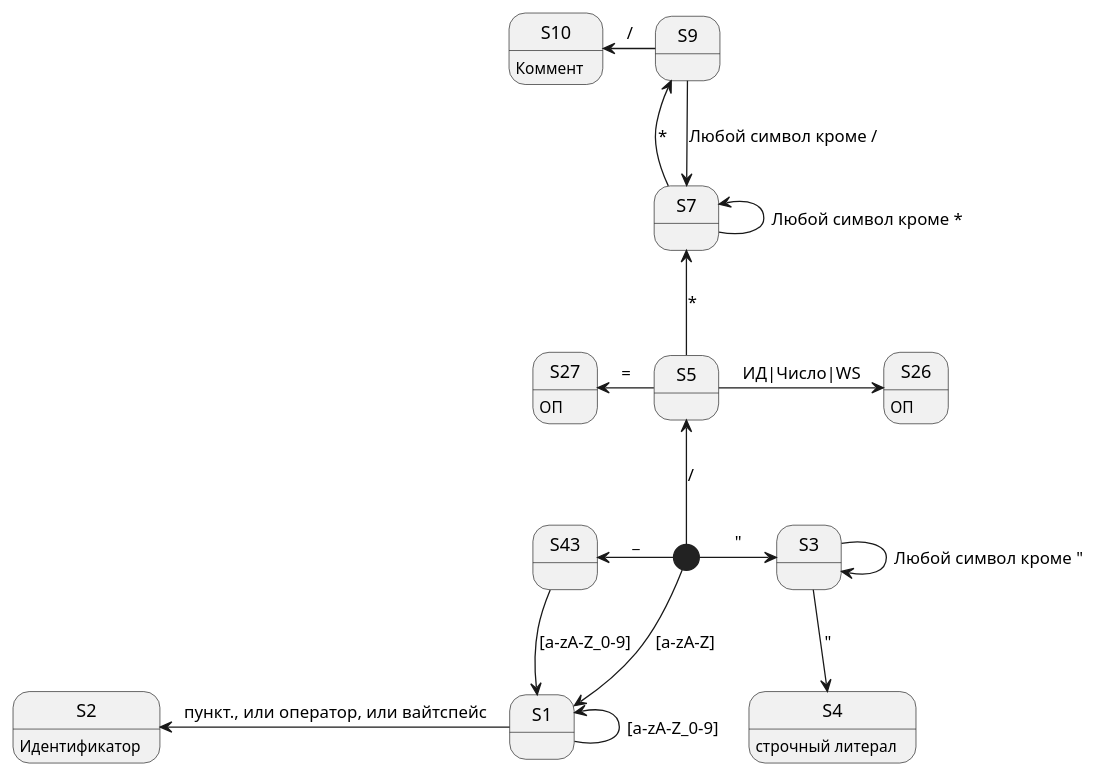
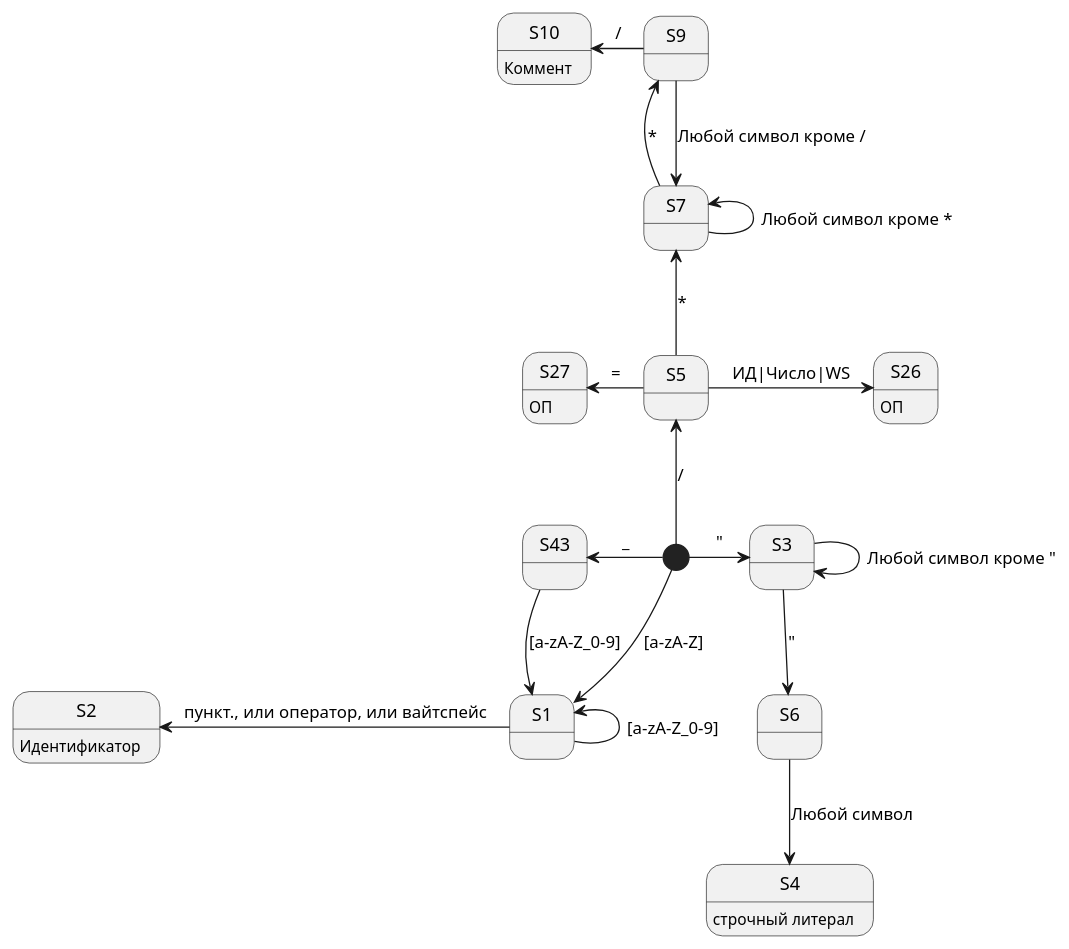
The diagram in Диаграмма состояния для ЛА/sd.puml (vladimirlll/CSharpLexicalAnalyzer), drawn with PlantUML before and after one commit. The commit also changed 5 other files, not shown here.

```diff
--- a/Диаграмма состояния для ЛА/sd.puml
+++ b/Диаграмма состояния для ЛА/sd.puml
@@ -1,30 +1,31 @@
 @startuml "sd"
 
 [*] -down-> S1 : [a-zA-Z]
 [*] -left-> S43 : _
 S43 -down-> S1 : [a-zA-Z_0-9]
 S1 -left-> S1 : [a-zA-Z_0-9]
 S1 -left-> S2 : пункт., или оператор, или вайтспейс
 S2 : Идентификатор
 
 [*] -right-> S3 : "
 S3 -right-> S3 : Любой символ кроме "
-S3 -down-> S4 : "
+S3 -down-> S6 : "
+S6 -down-> S4 : Любой символ
 S4 : строчный литерал
 
 [*] -up-> S5 : /
 S5 -up-> S7 : *
 
 S5 -right-> S26 : ИД|Число|WS
 S26 : ОП
 S5 -left-> S27 : =
 S27 : ОП
 
 S7 -up-> S7 : Любой символ кроме *
 S7 -up-> S9 : *
 S9 -down-> S7 : Любой символ кроме /
 S9 -left-> S10 : /
 S10 : Коммент
 
 
 @enduml
```
